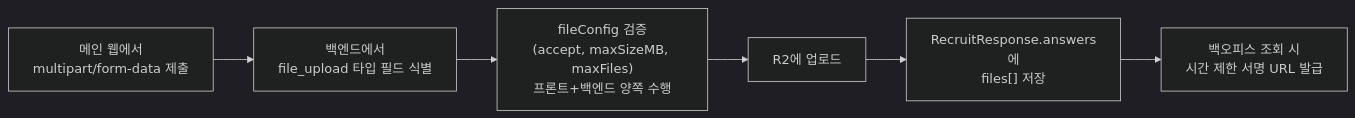
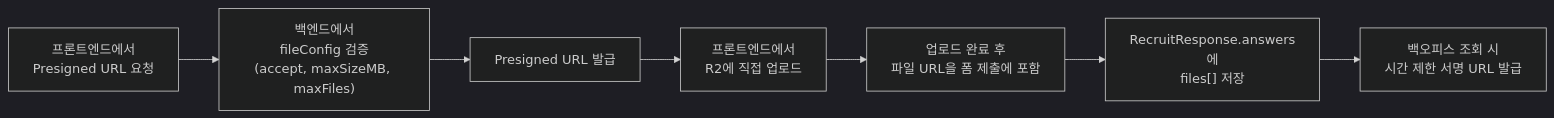
One commit to quipu-uos/blueprint changed the seventh of 11 diagrams in 2026-renewal/feature/04-recruit-form-cms.md. Above: the diagram before and after it, drawn with Mermaid (dark theme). The commit also changed other lines of this file and 1 other file, not shown here.

First line of the commit message:
docs(recruit): address i2na review — version policy, response CRUD, upload, mail

````diff
--- a/2026-renewal/feature/04-recruit-form-cms.md
+++ b/2026-renewal/feature/04-recruit-form-cms.md
@@ -889,8 +917,9 @@
 ```mermaid
 flowchart LR
-    A["메인 웹에서<br/>multipart/form-data 제출"] --> B["백엔드에서<br/>file_upload 타입 필드 식별"]
-    B --> C["fileConfig 검증<br/>(accept, maxSizeMB, maxFiles)<br/>프론트+백엔드 양쪽 수행"]
-    C --> D["R2에 업로드"]
-    D --> E["RecruitResponse.answers에<br/>files[] 저장"]
-    E --> F["백오피스 조회 시<br/>시간 제한 서명 URL 발급"]
+    A["프론트엔드에서<br/>Presigned URL 요청"] --> B["백엔드에서<br/>fileConfig 검증<br/>(accept, maxSizeMB, maxFiles)"]
+    B --> C["Presigned URL 발급"]
+    C --> D["프론트엔드에서<br/>R2에 직접 업로드"]
+    D --> E["업로드 완료 후<br/>파일 URL을 폼 제출에 포함"]
+    E --> F["RecruitResponse.answers에<br/>files[] 저장"]
+    F --> G["백오피스 조회 시<br/>시간 제한 서명 URL 발급"]
 ```
````
